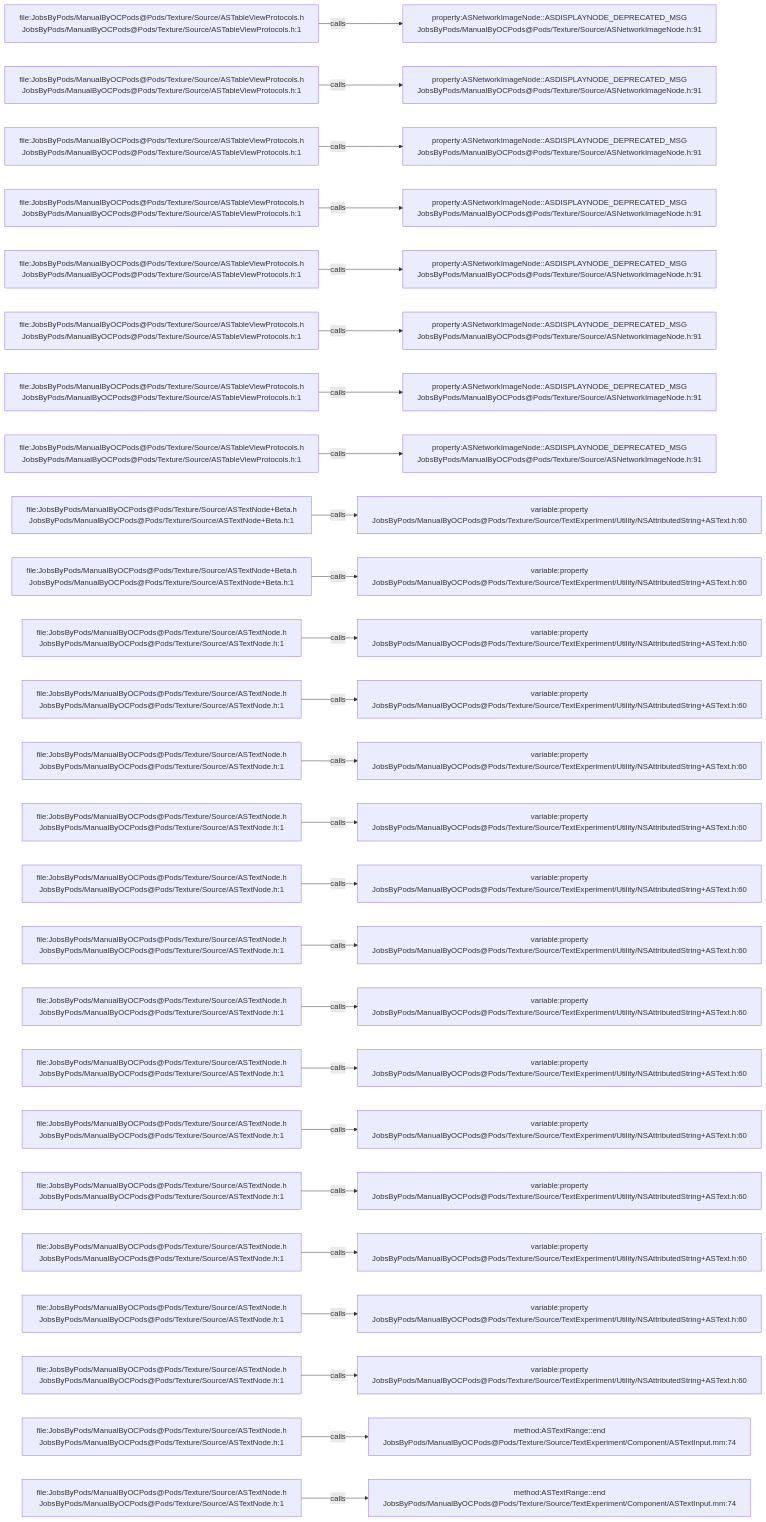
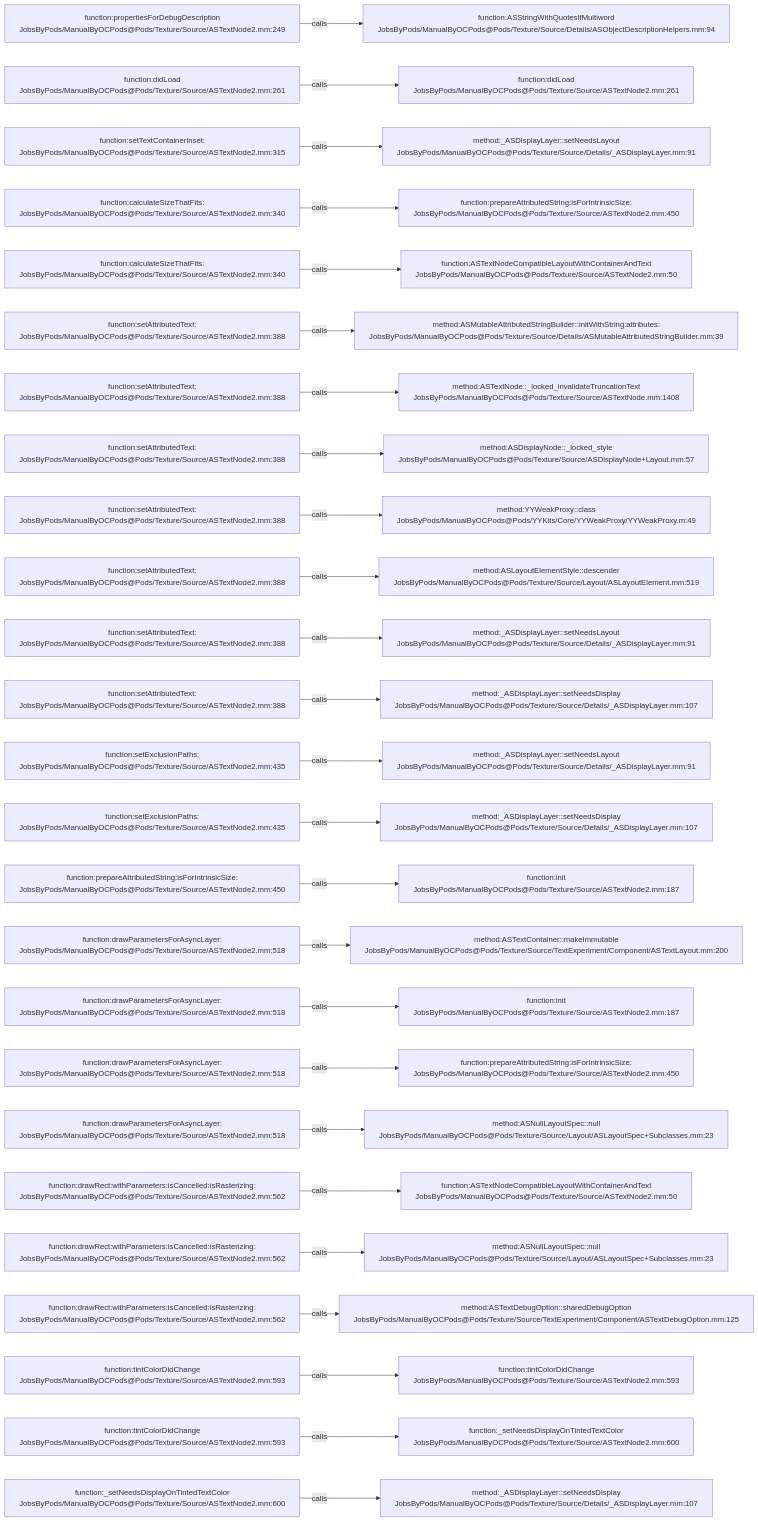
Before and after one commit to JobsKits/JobsOCBaseConfigDemo: the diagram in .codegraph/codegraph.md/graphs/calls-124.md, drawn with Mermaid. The commit also changed 2723 other files, not shown here.

````diff
--- a/.codegraph/codegraph.md/graphs/calls-124.md
+++ b/.codegraph/codegraph.md/graphs/calls-124.md
@@ -13,78 +13,78 @@
 ```mermaid
 flowchart LR
-  S1["file:JobsByPods/ManualByOCPods@Pods/Texture/Source/ASTableViewProtocols.h<br/>JobsByPods/ManualByOCPods@Pods/Texture/Source/ASTableViewProtocols.h:1"]
-  T1["property:ASNetworkImageNode::ASDISPLAYNODE_DEPRECATED_MSG<br/>JobsByPods/ManualByOCPods@Pods/Texture/Source/ASNetworkImageNode.h:91"]
+  S1["function:propertiesForDebugDescription<br/>JobsByPods/ManualByOCPods@Pods/Texture/Source/ASTextNode2.mm:249"]
+  T1["function:ASStringWithQuotesIfMultiword<br/>JobsByPods/ManualByOCPods@Pods/Texture/Source/Details/ASObjectDescriptionHelpers.mm:94"]
   S1 -->|calls| T1
-  S2["file:JobsByPods/ManualByOCPods@Pods/Texture/Source/ASTableViewProtocols.h<br/>JobsByPods/ManualByOCPods@Pods/Texture/Source/ASTableViewProtocols.h:1"]
-  T2["property:ASNetworkImageNode::ASDISPLAYNODE_DEPRECATED_MSG<br/>JobsByPods/ManualByOCPods@Pods/Texture/Source/ASNetworkImageNode.h:91"]
+  S2["function:didLoad<br/>JobsByPods/ManualByOCPods@Pods/Texture/Source/ASTextNode2.mm:261"]
+  T2["function:didLoad<br/>JobsByPods/ManualByOCPods@Pods/Texture/Source/ASTextNode2.mm:261"]
   S2 -->|calls| T2
-  S3["file:JobsByPods/ManualByOCPods@Pods/Texture/Source/ASTableViewProtocols.h<br/>JobsByPods/ManualByOCPods@Pods/Texture/Source/ASTableViewProtocols.h:1"]
-  T3["property:ASNetworkImageNode::ASDISPLAYNODE_DEPRECATED_MSG<br/>JobsByPods/ManualByOCPods@Pods/Texture/Source/ASNetworkImageNode.h:91"]
+  S3["function:setTextContainerInset:<br/>JobsByPods/ManualByOCPods@Pods/Texture/Source/ASTextNode2.mm:315"]
+  T3["method:_ASDisplayLayer::setNeedsLayout<br/>JobsByPods/ManualByOCPods@Pods/Texture/Source/Details/_ASDisplayLayer.mm:91"]
   S3 -->|calls| T3
-  S4["file:JobsByPods/ManualByOCPods@Pods/Texture/Source/ASTableViewProtocols.h<br/>JobsByPods/ManualByOCPods@Pods/Texture/Source/ASTableViewProtocols.h:1"]
-  T4["property:ASNetworkImageNode::ASDISPLAYNODE_DEPRECATED_MSG<br/>JobsByPods/ManualByOCPods@Pods/Texture/Source/ASNetworkImageNode.h:91"]
+  S4["function:calculateSizeThatFits:<br/>JobsByPods/ManualByOCPods@Pods/Texture/Source/ASTextNode2.mm:340"]
+  T4["function:prepareAttributedString:isForIntrinsicSize:<br/>JobsByPods/ManualByOCPods@Pods/Texture/Source/ASTextNode2.mm:450"]
   S4 -->|calls| T4
-  S5["file:JobsByPods/ManualByOCPods@Pods/Texture/Source/ASTableViewProtocols.h<br/>JobsByPods/ManualByOCPods@Pods/Texture/Source/ASTableViewProtocols.h:1"]
-  T5["property:ASNetworkImageNode::ASDISPLAYNODE_DEPRECATED_MSG<br/>JobsByPods/ManualByOCPods@Pods/Texture/Source/ASNetworkImageNode.h:91"]
+  S5["function:calculateSizeThatFits:<br/>JobsByPods/ManualByOCPods@Pods/Texture/Source/ASTextNode2.mm:340"]
+  T5["function:ASTextNodeCompatibleLayoutWithContainerAndText<br/>JobsByPods/ManualByOCPods@Pods/Texture/Source/ASTextNode2.mm:50"]
   S5 -->|calls| T5
-  S6["file:JobsByPods/ManualByOCPods@Pods/Texture/Source/ASTableViewProtocols.h<br/>JobsByPods/ManualByOCPods@Pods/Texture/Source/ASTableViewProtocols.h:1"]
-  T6["property:ASNetworkImageNode::ASDISPLAYNODE_DEPRECATED_MSG<br/>JobsByPods/ManualByOCPods@Pods/Texture/Source/ASNetworkImageNode.h:91"]
+  S6["function:setAttributedText:<br/>JobsByPods/ManualByOCPods@Pods/Texture/Source/ASTextNode2.mm:388"]
+  T6["method:ASMutableAttributedStringBuilder::initWithString:attributes:<br/>JobsByPods/ManualByOCPods@Pods/Texture/Source/Details/ASMutableAttributedStringBuilder.mm:39"]
   S6 -->|calls| T6
-  S7["file:JobsByPods/ManualByOCPods@Pods/Texture/Source/ASTableViewProtocols.h<br/>JobsByPods/ManualByOCPods@Pods/Texture/Source/ASTableViewProtocols.h:1"]
-  T7["property:ASNetworkImageNode::ASDISPLAYNODE_DEPRECATED_MSG<br/>JobsByPods/ManualByOCPods@Pods/Texture/Source/ASNetworkImageNode.h:91"]
+  S7["function:setAttributedText:<br/>JobsByPods/ManualByOCPods@Pods/Texture/Source/ASTextNode2.mm:388"]
+  T7["method:ASTextNode::_locked_invalidateTruncationText<br/>JobsByPods/ManualByOCPods@Pods/Texture/Source/ASTextNode.mm:1408"]
   S7 -->|calls| T7
-  S8["file:JobsByPods/ManualByOCPods@Pods/Texture/Source/ASTableViewProtocols.h<br/>JobsByPods/ManualByOCPods@Pods/Texture/Source/ASTableViewProtocols.h:1"]
-  T8["property:ASNetworkImageNode::ASDISPLAYNODE_DEPRECATED_MSG<br/>JobsByPods/ManualByOCPods@Pods/Texture/Source/ASNetworkImageNode.h:91"]
+  S8["function:setAttributedText:<br/>JobsByPods/ManualByOCPods@Pods/Texture/Source/ASTextNode2.mm:388"]
+  T8["method:ASDisplayNode::_locked_style<br/>JobsByPods/ManualByOCPods@Pods/Texture/Source/ASDisplayNode+Layout.mm:57"]
   S8 -->|calls| T8
-  S9["file:JobsByPods/ManualByOCPods@Pods/Texture/Source/ASTextNode+Beta.h<br/>JobsByPods/ManualByOCPods@Pods/Texture/Source/ASTextNode+Beta.h:1"]
-  T9["variable:property<br/>JobsByPods/ManualByOCPods@Pods/Texture/Source/TextExperiment/Utility/NSAttributedString+ASText.h:60"]
+  S9["function:setAttributedText:<br/>JobsByPods/ManualByOCPods@Pods/Texture/Source/ASTextNode2.mm:388"]
+  T9["method:YYWeakProxy::class<br/>JobsByPods/ManualByOCPods@Pods/YYKits/Core/YYWeakProxy/YYWeakProxy.m:49"]
   S9 -->|calls| T9
-  S10["file:JobsByPods/ManualByOCPods@Pods/Texture/Source/ASTextNode+Beta.h<br/>JobsByPods/ManualByOCPods@Pods/Texture/Source/ASTextNode+Beta.h:1"]
-  T10["variable:property<br/>JobsByPods/ManualByOCPods@Pods/Texture/Source/TextExperiment/Utility/NSAttributedString+ASText.h:60"]
+  S10["function:setAttributedText:<br/>JobsByPods/ManualByOCPods@Pods/Texture/Source/ASTextNode2.mm:388"]
+  T10["method:ASLayoutElementStyle::descender<br/>JobsByPods/ManualByOCPods@Pods/Texture/Source/Layout/ASLayoutElement.mm:519"]
   S10 -->|calls| T10
-  S11["file:JobsByPods/ManualByOCPods@Pods/Texture/Source/ASTextNode.h<br/>JobsByPods/ManualByOCPods@Pods/Texture/Source/ASTextNode.h:1"]
-  T11["variable:property<br/>JobsByPods/ManualByOCPods@Pods/Texture/Source/TextExperiment/Utility/NSAttributedString+ASText.h:60"]
+  S11["function:setAttributedText:<br/>JobsByPods/ManualByOCPods@Pods/Texture/Source/ASTextNode2.mm:388"]
+  T11["method:_ASDisplayLayer::setNeedsLayout<br/>JobsByPods/ManualByOCPods@Pods/Texture/Source/Details/_ASDisplayLayer.mm:91"]
   S11 -->|calls| T11
-  S12["file:JobsByPods/ManualByOCPods@Pods/Texture/Source/ASTextNode.h<br/>JobsByPods/ManualByOCPods@Pods/Texture/Source/ASTextNode.h:1"]
-  T12["variable:property<br/>JobsByPods/ManualByOCPods@Pods/Texture/Source/TextExperiment/Utility/NSAttributedString+ASText.h:60"]
+  S12["function:setAttributedText:<br/>JobsByPods/ManualByOCPods@Pods/Texture/Source/ASTextNode2.mm:388"]
+  T12["method:_ASDisplayLayer::setNeedsDisplay<br/>JobsByPods/ManualByOCPods@Pods/Texture/Source/Details/_ASDisplayLayer.mm:107"]
   S12 -->|calls| T12
-  S13["file:JobsByPods/ManualByOCPods@Pods/Texture/Source/ASTextNode.h<br/>JobsByPods/ManualByOCPods@Pods/Texture/Source/ASTextNode.h:1"]
-  T13["variable:property<br/>JobsByPods/ManualByOCPods@Pods/Texture/Source/TextExperiment/Utility/NSAttributedString+ASText.h:60"]
+  S13["function:setExclusionPaths:<br/>JobsByPods/ManualByOCPods@Pods/Texture/Source/ASTextNode2.mm:435"]
+  T13["method:_ASDisplayLayer::setNeedsLayout<br/>JobsByPods/ManualByOCPods@Pods/Texture/Source/Details/_ASDisplayLayer.mm:91"]
   S13 -->|calls| T13
-  S14["file:JobsByPods/ManualByOCPods@Pods/Texture/Source/ASTextNode.h<br/>JobsByPods/ManualByOCPods@Pods/Texture/Source/ASTextNode.h:1"]
-  T14["variable:property<br/>JobsByPods/ManualByOCPods@Pods/Texture/Source/TextExperiment/Utility/NSAttributedString+ASText.h:60"]
+  S14["function:setExclusionPaths:<br/>JobsByPods/ManualByOCPods@Pods/Texture/Source/ASTextNode2.mm:435"]
+  T14["method:_ASDisplayLayer::setNeedsDisplay<br/>JobsByPods/ManualByOCPods@Pods/Texture/Source/Details/_ASDisplayLayer.mm:107"]
   S14 -->|calls| T14
-  S15["file:JobsByPods/ManualByOCPods@Pods/Texture/Source/ASTextNode.h<br/>JobsByPods/ManualByOCPods@Pods/Texture/Source/ASTextNode.h:1"]
-  T15["variable:property<br/>JobsByPods/ManualByOCPods@Pods/Texture/Source/TextExperiment/Utility/NSAttributedString+ASText.h:60"]
+  S15["function:prepareAttributedString:isForIntrinsicSize:<br/>JobsByPods/ManualByOCPods@Pods/Texture/Source/ASTextNode2.mm:450"]
+  T15["function:init<br/>JobsByPods/ManualByOCPods@Pods/Texture/Source/ASTextNode2.mm:187"]
   S15 -->|calls| T15
-  S16["file:JobsByPods/ManualByOCPods@Pods/Texture/Source/ASTextNode.h<br/>JobsByPods/ManualByOCPods@Pods/Texture/Source/ASTextNode.h:1"]
-  T16["variable:property<br/>JobsByPods/ManualByOCPods@Pods/Texture/Source/TextExperiment/Utility/NSAttributedString+ASText.h:60"]
+  S16["function:drawParametersForAsyncLayer:<br/>JobsByPods/ManualByOCPods@Pods/Texture/Source/ASTextNode2.mm:518"]
+  T16["method:ASTextContainer::makeImmutable<br/>JobsByPods/ManualByOCPods@Pods/Texture/Source/TextExperiment/Component/ASTextLayout.mm:200"]
   S16 -->|calls| T16
-  S17["file:JobsByPods/ManualByOCPods@Pods/Texture/Source/ASTextNode.h<br/>JobsByPods/ManualByOCPods@Pods/Texture/Source/ASTextNode.h:1"]
-  T17["variable:property<br/>JobsByPods/ManualByOCPods@Pods/Texture/Source/TextExperiment/Utility/NSAttributedString+ASText.h:60"]
+  S17["function:drawParametersForAsyncLayer:<br/>JobsByPods/ManualByOCPods@Pods/Texture/Source/ASTextNode2.mm:518"]
+  T17["function:init<br/>JobsByPods/ManualByOCPods@Pods/Texture/Source/ASTextNode2.mm:187"]
   S17 -->|calls| T17
-  S18["file:JobsByPods/ManualByOCPods@Pods/Texture/Source/ASTextNode.h<br/>JobsByPods/ManualByOCPods@Pods/Texture/Source/ASTextNode.h:1"]
-  T18["variable:property<br/>JobsByPods/ManualByOCPods@Pods/Texture/Source/TextExperiment/Utility/NSAttributedString+ASText.h:60"]
+  S18["function:drawParametersForAsyncLayer:<br/>JobsByPods/ManualByOCPods@Pods/Texture/Source/ASTextNode2.mm:518"]
+  T18["function:prepareAttributedString:isForIntrinsicSize:<br/>JobsByPods/ManualByOCPods@Pods/Texture/Source/ASTextNode2.mm:450"]
   S18 -->|calls| T18
-  S19["file:JobsByPods/ManualByOCPods@Pods/Texture/Source/ASTextNode.h<br/>JobsByPods/ManualByOCPods@Pods/Texture/Source/ASTextNode.h:1"]
-  T19["variable:property<br/>JobsByPods/ManualByOCPods@Pods/Texture/Source/TextExperiment/Utility/NSAttributedString+ASText.h:60"]
+  S19["function:drawParametersForAsyncLayer:<br/>JobsByPods/ManualByOCPods@Pods/Texture/Source/ASTextNode2.mm:518"]
+  T19["method:ASNullLayoutSpec::null<br/>JobsByPods/ManualByOCPods@Pods/Texture/Source/Layout/ASLayoutSpec+Subclasses.mm:23"]
   S19 -->|calls| T19
-  S20["file:JobsByPods/ManualByOCPods@Pods/Texture/Source/ASTextNode.h<br/>JobsByPods/ManualByOCPods@Pods/Texture/Source/ASTextNode.h:1"]
-  T20["variable:property<br/>JobsByPods/ManualByOCPods@Pods/Texture/Source/TextExperiment/Utility/NSAttributedString+ASText.h:60"]
+  S20["function:drawRect:withParameters:isCancelled:isRasterizing:<br/>JobsByPods/ManualByOCPods@Pods/Texture/Source/ASTextNode2.mm:562"]
+  T20["function:ASTextNodeCompatibleLayoutWithContainerAndText<br/>JobsByPods/ManualByOCPods@Pods/Texture/Source/ASTextNode2.mm:50"]
   S20 -->|calls| T20
-  S21["file:JobsByPods/ManualByOCPods@Pods/Texture/Source/ASTextNode.h<br/>JobsByPods/ManualByOCPods@Pods/Texture/Source/ASTextNode.h:1"]
-  T21["variable:property<br/>JobsByPods/ManualByOCPods@Pods/Texture/Source/TextExperiment/Utility/NSAttributedString+ASText.h:60"]
+  S21["function:drawRect:withParameters:isCancelled:isRasterizing:<br/>JobsByPods/ManualByOCPods@Pods/Texture/Source/ASTextNode2.mm:562"]
+  T21["method:ASNullLayoutSpec::null<br/>JobsByPods/ManualByOCPods@Pods/Texture/Source/Layout/ASLayoutSpec+Subclasses.mm:23"]
   S21 -->|calls| T21
-  S22["file:JobsByPods/ManualByOCPods@Pods/Texture/Source/ASTextNode.h<br/>JobsByPods/ManualByOCPods@Pods/Texture/Source/ASTextNode.h:1"]
-  T22["variable:property<br/>JobsByPods/ManualByOCPods@Pods/Texture/Source/TextExperiment/Utility/NSAttributedString+ASText.h:60"]
+  S22["function:drawRect:withParameters:isCancelled:isRasterizing:<br/>JobsByPods/ManualByOCPods@Pods/Texture/Source/ASTextNode2.mm:562"]
+  T22["method:ASTextDebugOption::sharedDebugOption<br/>JobsByPods/ManualByOCPods@Pods/Texture/Source/TextExperiment/Component/ASTextDebugOption.mm:125"]
   S22 -->|calls| T22
-  S23["file:JobsByPods/ManualByOCPods@Pods/Texture/Source/ASTextNode.h<br/>JobsByPods/ManualByOCPods@Pods/Texture/Source/ASTextNode.h:1"]
-  T23["variable:property<br/>JobsByPods/ManualByOCPods@Pods/Texture/Source/TextExperiment/Utility/NSAttributedString+ASText.h:60"]
+  S23["function:tintColorDidChange<br/>JobsByPods/ManualByOCPods@Pods/Texture/Source/ASTextNode2.mm:593"]
+  T23["function:tintColorDidChange<br/>JobsByPods/ManualByOCPods@Pods/Texture/Source/ASTextNode2.mm:593"]
   S23 -->|calls| T23
-  S24["file:JobsByPods/ManualByOCPods@Pods/Texture/Source/ASTextNode.h<br/>JobsByPods/ManualByOCPods@Pods/Texture/Source/ASTextNode.h:1"]
-  T24["method:ASTextRange::end<br/>JobsByPods/ManualByOCPods@Pods/Texture/Source/TextExperiment/Component/ASTextInput.mm:74"]
+  S24["function:tintColorDidChange<br/>JobsByPods/ManualByOCPods@Pods/Texture/Source/ASTextNode2.mm:593"]
+  T24["function:_setNeedsDisplayOnTintedTextColor<br/>JobsByPods/ManualByOCPods@Pods/Texture/Source/ASTextNode2.mm:600"]
   S24 -->|calls| T24
-  S25["file:JobsByPods/ManualByOCPods@Pods/Texture/Source/ASTextNode.h<br/>JobsByPods/ManualByOCPods@Pods/Texture/Source/ASTextNode.h:1"]
-  T25["method:ASTextRange::end<br/>JobsByPods/ManualByOCPods@Pods/Texture/Source/TextExperiment/Component/ASTextInput.mm:74"]
+  S25["function:_setNeedsDisplayOnTintedTextColor<br/>JobsByPods/ManualByOCPods@Pods/Texture/Source/ASTextNode2.mm:600"]
+  T25["method:_ASDisplayLayer::setNeedsDisplay<br/>JobsByPods/ManualByOCPods@Pods/Texture/Source/Details/_ASDisplayLayer.mm:107"]
   S25 -->|calls| T25
 ```
````
